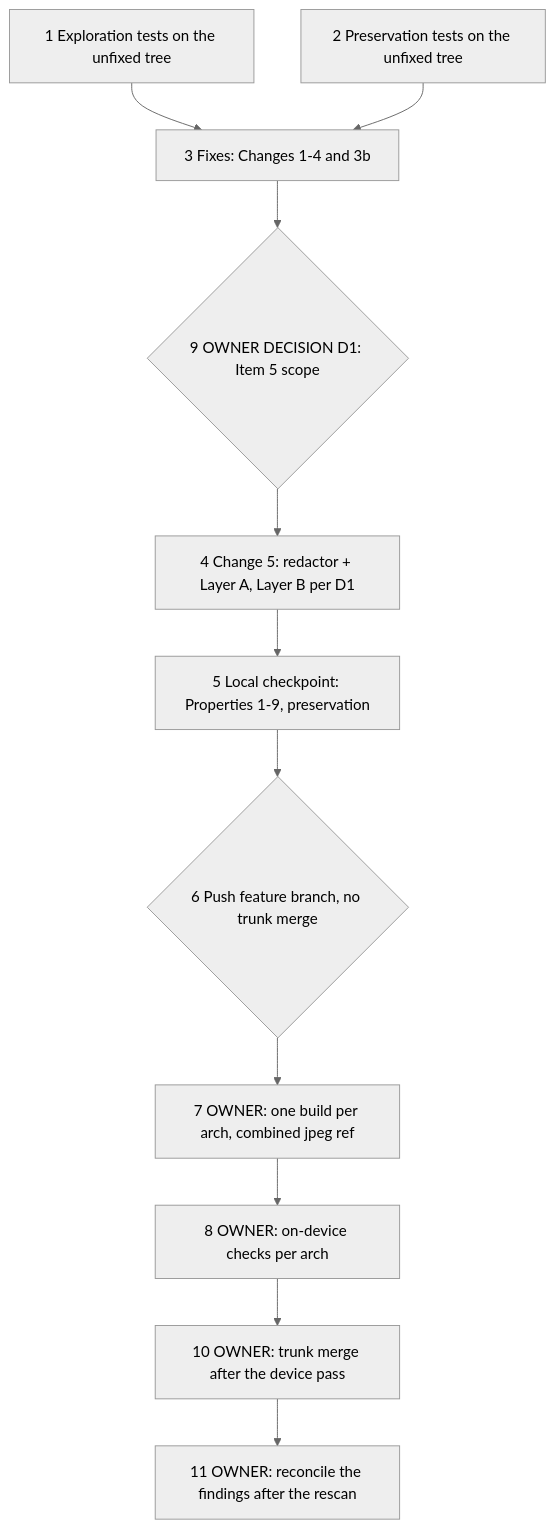
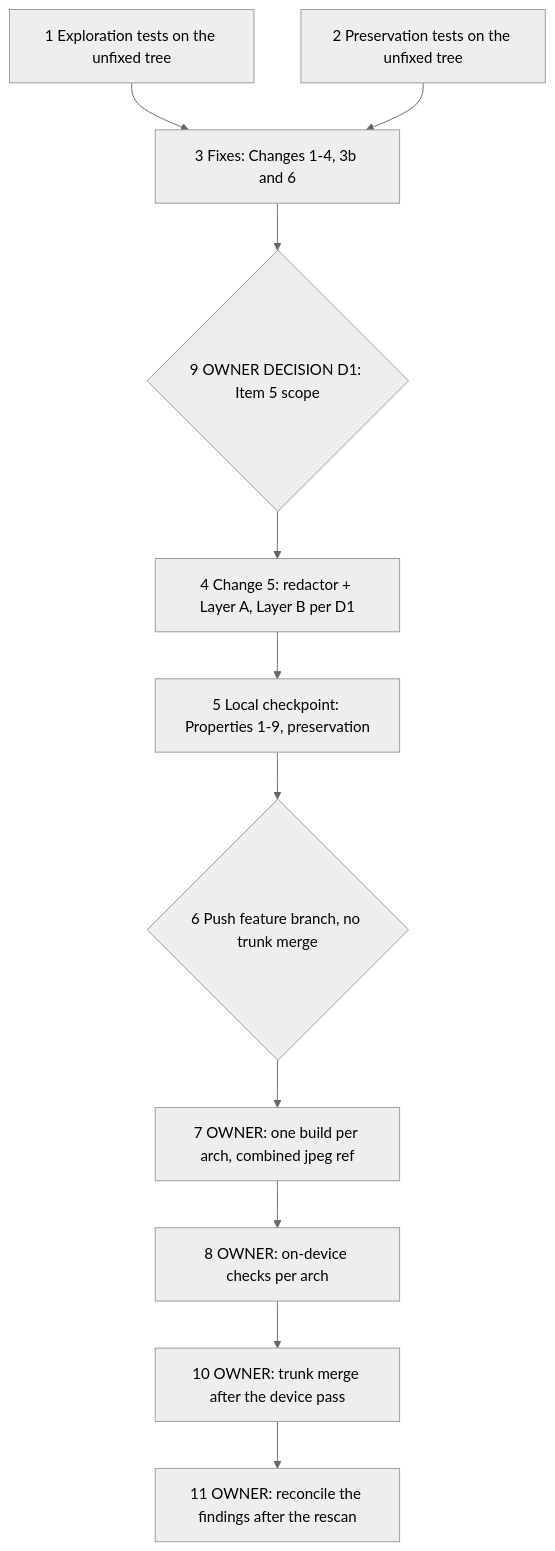
The diagram in .kiro/specs/localserver-input-handling-hardening/tasks.md (awslabs/DefectDetectionApplication), drawn with Mermaid (neutral theme) before and after one commit. The commit also changed other lines of this file and 3 other files, not shown here.

````diff
--- a/.kiro/specs/localserver-input-handling-hardening/tasks.md
+++ b/.kiro/specs/localserver-input-handling-hardening/tasks.md
@@ -80,24 +88,24 @@
 ```mermaid
 graph TD
     T1[1 Exploration tests on the unfixed tree]
     T2[2 Preservation tests on the unfixed tree]
-    T3[3 Fixes: Changes 1-4 and 3b]
+    T3[3 Fixes: Changes 1-4, 3b and 6]
     T9{9 OWNER DECISION D1: Item 5 scope}
     T4[4 Change 5: redactor + Layer A, Layer B per D1]
     T5[5 Local checkpoint: Properties 1-9, preservation]
     T6{6 Push feature branch, no trunk merge}
     T7[7 OWNER: one build per arch, combined jpeg ref]
     T8[8 OWNER: on-device checks per arch]
     T10[10 OWNER: trunk merge after the device pass]
     T11[11 OWNER: reconcile the findings after the rescan]
     T1 --> T3
     T2 --> T3
     T3 --> T9
     T9 --> T4
     T4 --> T5
     T5 --> T6
     T6 --> T7
     T7 --> T8
     T8 --> T10
     T10 --> T11
 ```
````
